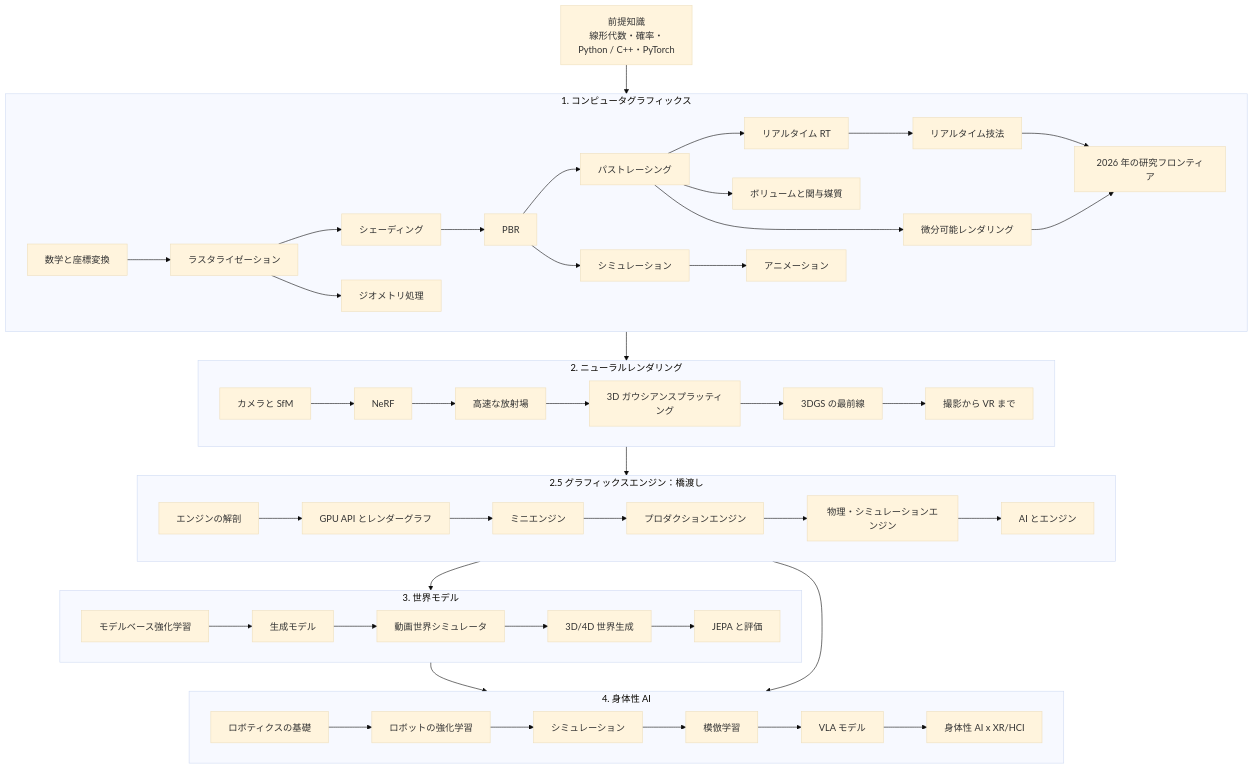
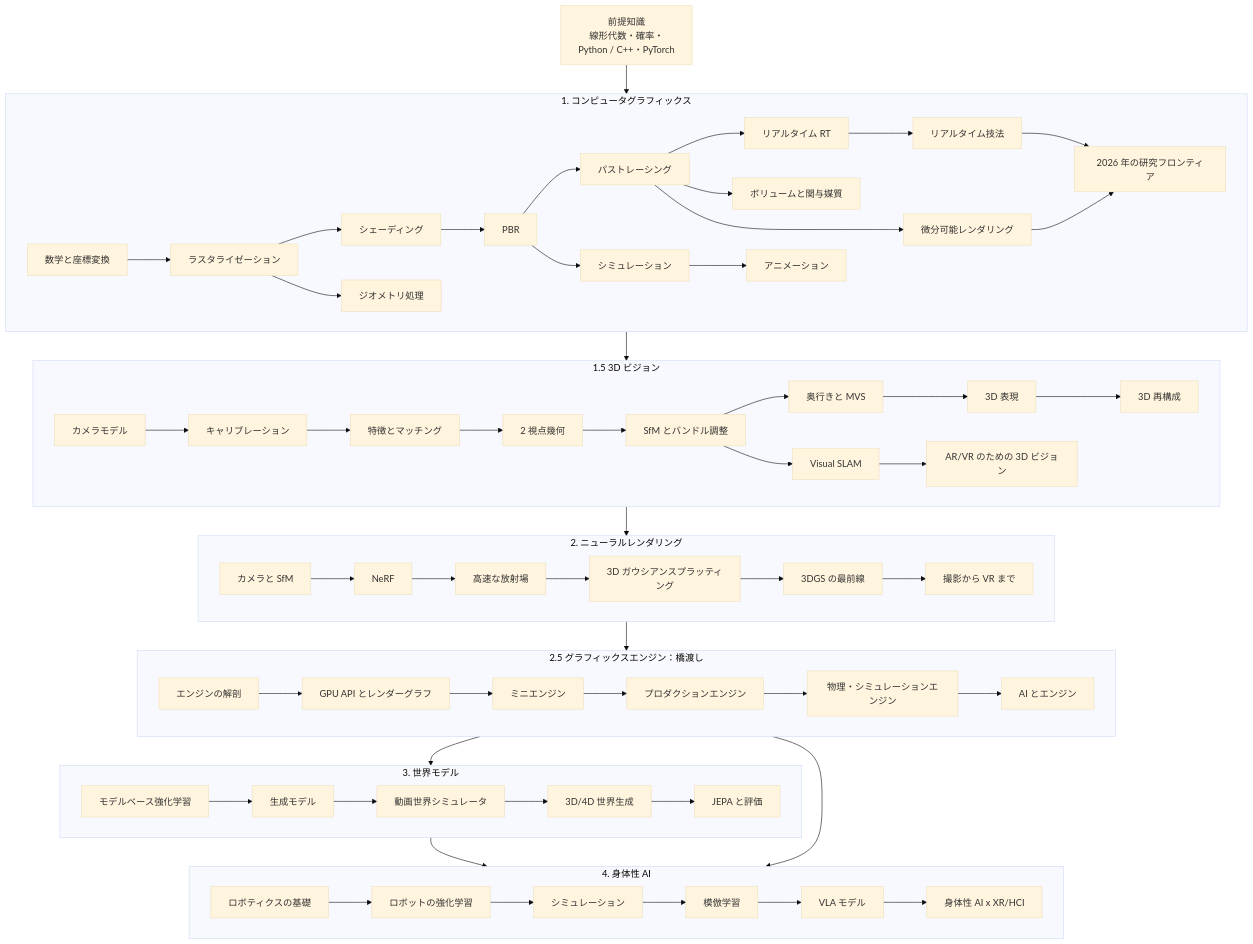
Before and after one commit to Amadeusyzh/Takuyy: the diagram in _posts/ja-jp/2026-10-27-roadmap-01-learning-roadmap.md, drawn with Mermaid (base theme). The commit also changed other lines of this file and 2 other files, not shown here.

First line of the commit message:
Roadmap: add stage 1.5, 3D vision, between graphics and neural rendering

````diff
--- a/_posts/ja-jp/2026-10-27-roadmap-01-learning-roadmap.md
+++ b/_posts/ja-jp/2026-10-27-roadmap-01-learning-roadmap.md
@@ -21,37 +21,44 @@
 ```mermaid
 flowchart TB
   P[前提知識<br/>線形代数・確率・<br/>Python / C++・PyTorch] --> G
   subgraph G[1. コンピュータグラフィックス]
     direction LR
     G1[数学と座標変換] --> G2[ラスタライゼーション] --> G3[シェーディング] --> G4[PBR] --> G5[パストレーシング] --> G6[リアルタイム RT]
     G4 --> G7[シミュレーション]
     G2 --> G8[ジオメトリ処理]
     G7 --> G9[アニメーション]
     G5 --> G10[ボリュームと関与媒質]
     G5 --> G12[微分可能レンダリング]
     G6 --> G11[リアルタイム技法]
     G11 --> G13[2026 年の研究フロンティア]
     G12 --> G13
   end
-  G --> N
+  G --> V
+  subgraph V[1.5 3D ビジョン]
+    direction LR
+    V1[カメラモデル] --> V2[キャリブレーション] --> V3[特徴とマッチング] --> V4[2 視点幾何] --> V5[SfM とバンドル調整] --> V6[Visual SLAM]
+    V5 --> V7[奥行きと MVS] --> V8[3D 表現] --> V9[3D 再構成]
+    V6 --> V10[AR/VR のための 3D ビジョン]
+  end
+  V --> N
   subgraph N[2. ニューラルレンダリング]
     direction LR
     N1[カメラと SfM] --> N2[NeRF] --> N3[高速な放射場] --> N4[3D ガウシアンスプラッティング] --> N5[3DGS の最前線] --> N6[撮影から VR まで]
   end
   N --> X
   subgraph X[2.5 グラフィックスエンジン：橋渡し]
     direction LR
     X1[エンジンの解剖] --> X2[GPU API とレンダーグラフ] --> X3[ミニエンジン] --> X4[プロダクションエンジン] --> X5[物理・シミュレーションエンジン] --> X6[AI とエンジン]
   end
   X --> W
   subgraph W[3. 世界モデル]
     direction LR
     W1[モデルベース強化学習] --> W2[生成モデル] --> W3[動画世界シミュレータ] --> W4[3D/4D 世界生成] --> W5[JEPA と評価]
   end
   W --> E
   X --> E
   subgraph E[4. 身体性 AI]
     direction LR
     E1[ロボティクスの基礎] --> E2[ロボットの強化学習] --> E3[シミュレーション] --> E4[模倣学習] --> E5[VLA モデル] --> E6[身体性 AI x XR/HCI]
   end
 ```
````
